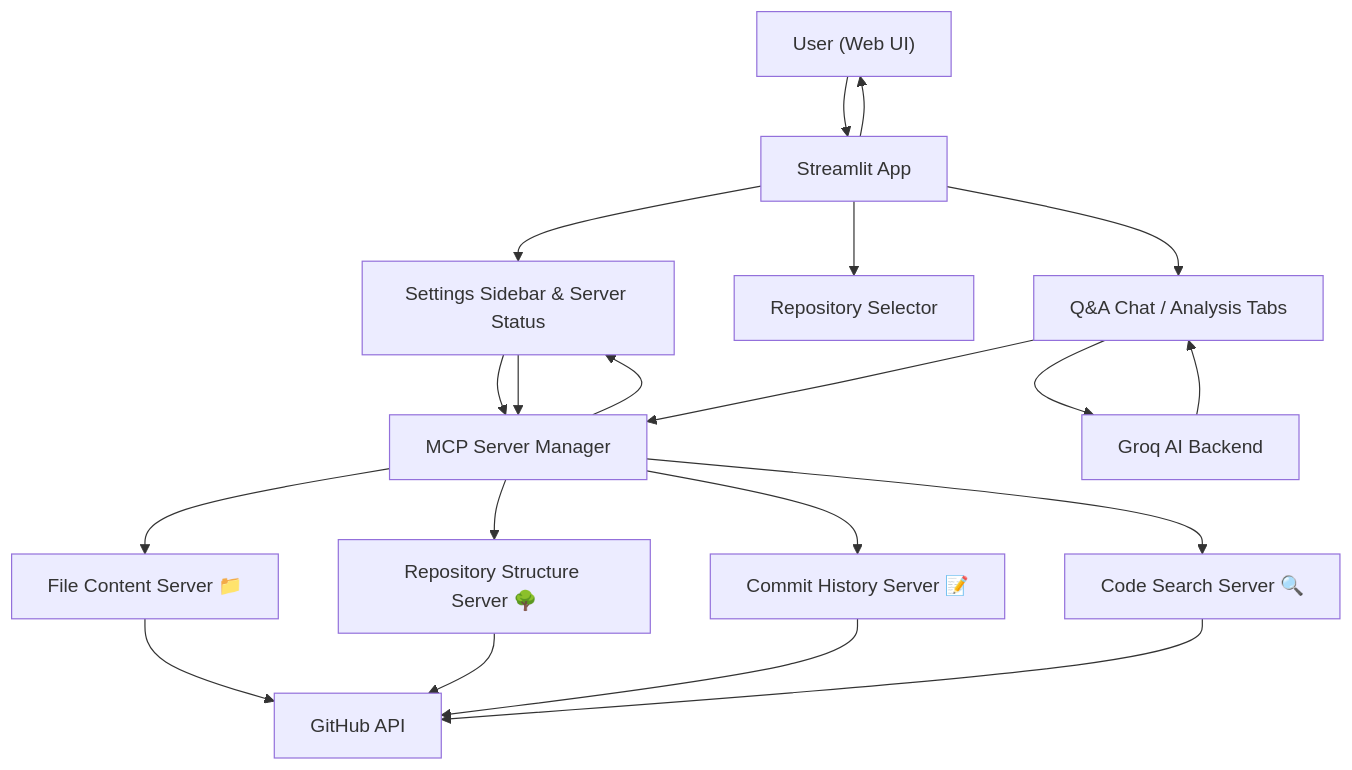
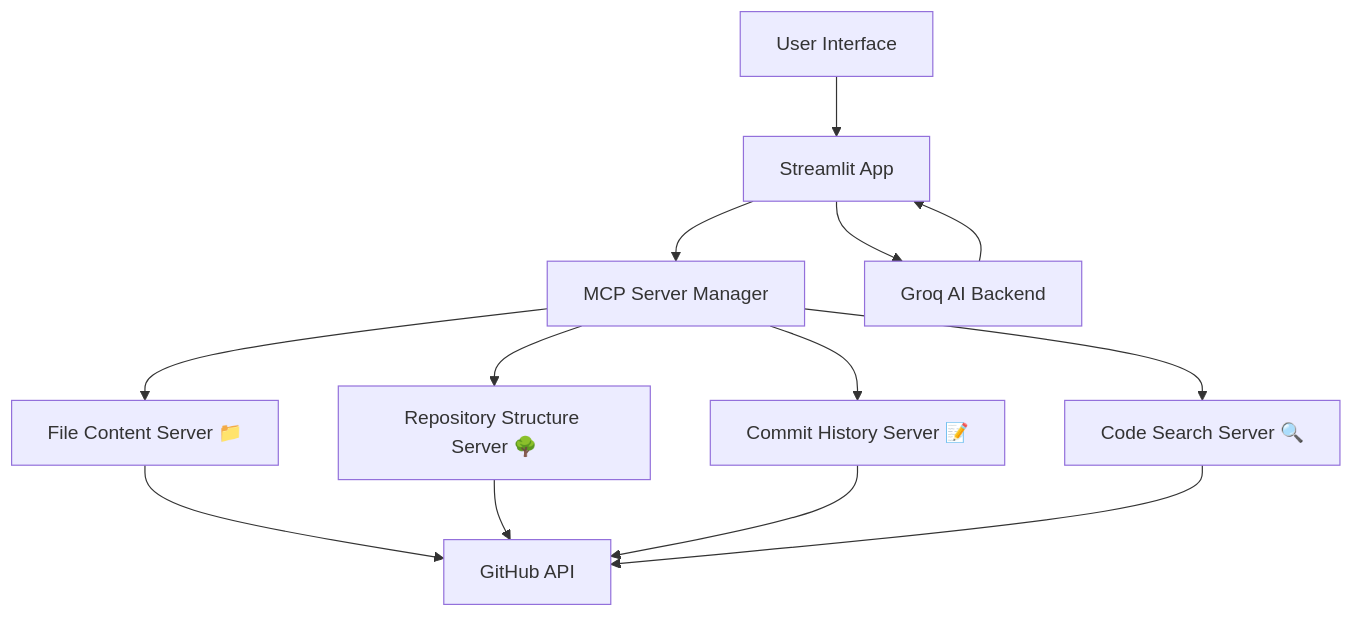
Before and after one commit to KaifAhmad1/repo-analyzer: the diagram in README.md, drawn with Mermaid.

Commit message:
docs: simplify system flowchart with cleaner arrows and reduced complexity

````diff
--- a/README.md
+++ b/README.md
@@ -86,22 +86,15 @@
 ```mermaid
 flowchart TD
-    A["User (Web UI)"] --> B["Streamlit App"]
-    B --> C["Settings Sidebar & Server Status"]
-    B --> D["Repository Selector"]
-    B --> E["Q&A Chat / Analysis Tabs"]
-    C --> F["MCP Server Manager"]
-    F --> G1["File Content Server 📁"]
-    F --> G2["Repository Structure Server 🌳"]
-    F --> G3["Commit History Server 📝"]
-    F --> G4["Code Search Server 🔍"]
-    E --> F
-    G1 --> I["GitHub API"]
-    G2 --> I
-    G3 --> I
-    G4 --> I
-    E --> H["Groq AI Backend"]
-    H --> E
-    F --> C
-    C --> F
-    B --> A
+    A["User Interface"] --> B["Streamlit App"]
+    B --> C["MCP Server Manager"]
+    C --> D["File Content Server 📁"]
+    C --> E["Repository Structure Server 🌳"]
+    C --> F["Commit History Server 📝"]
+    C --> G["Code Search Server 🔍"]
+    D --> H["GitHub API"]
+    E --> H
+    F --> H
+    G --> H
+    B --> I["Groq AI Backend"]
+    I --> B
 ```
````
